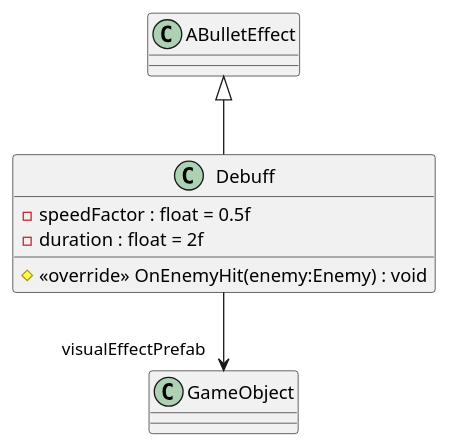
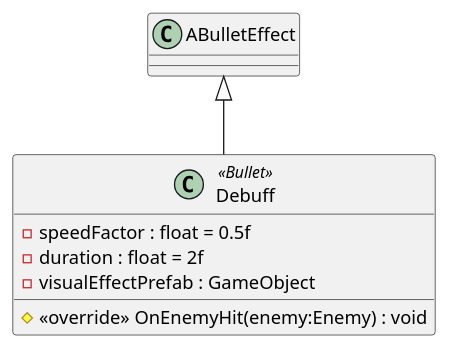
Before and after one commit to TechnicJelle/PlanesTowerDefence: the diagram in PlantUML/BulletEffects/Debuff.puml, drawn with PlantUML. The commit also changed 28 other files, not shown here.

First line of the commit message:
Manual tweaks of the UML diagrams

```diff
--- a/PlantUML/BulletEffects/Debuff.puml
+++ b/PlantUML/BulletEffects/Debuff.puml
@@ -1,9 +1,9 @@
 @startuml
-class Debuff {
+class Debuff <<Bullet>> {
     - speedFactor : float = 0.5f
     - duration : float = 2f
+    - visualEffectPrefab : GameObject
     # <<override>> OnEnemyHit(enemy:Enemy) : void
 }
 ABulletEffect <|-- Debuff
-Debuff --> "visualEffectPrefab" GameObject
 @enduml
```
